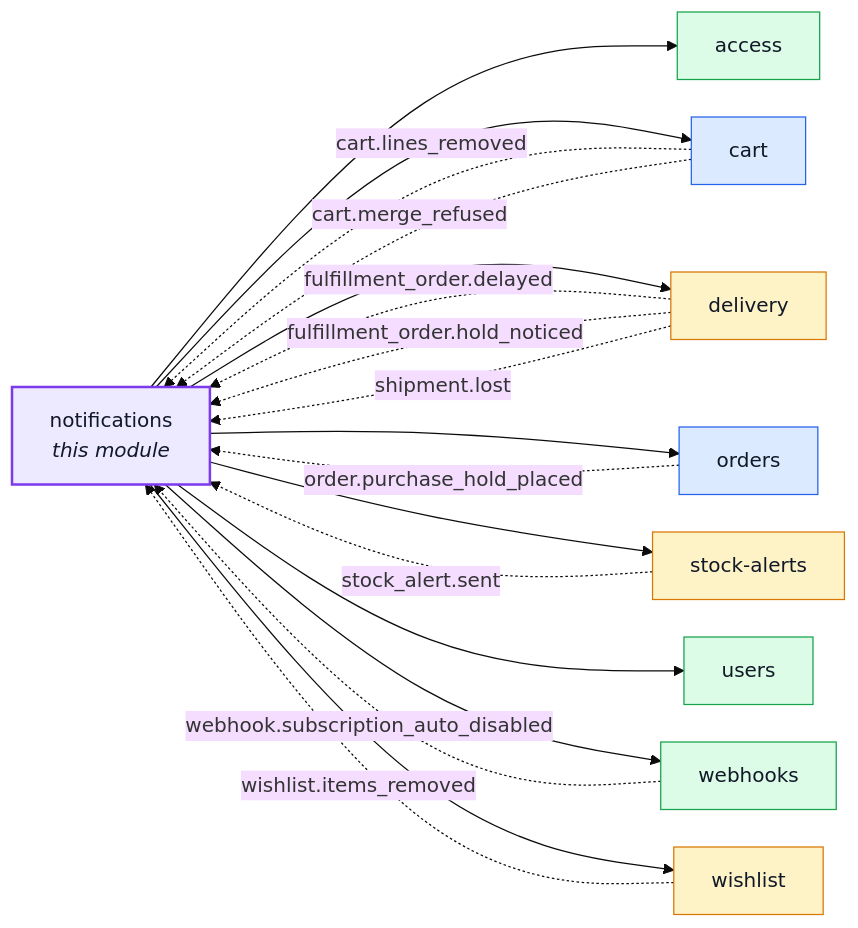
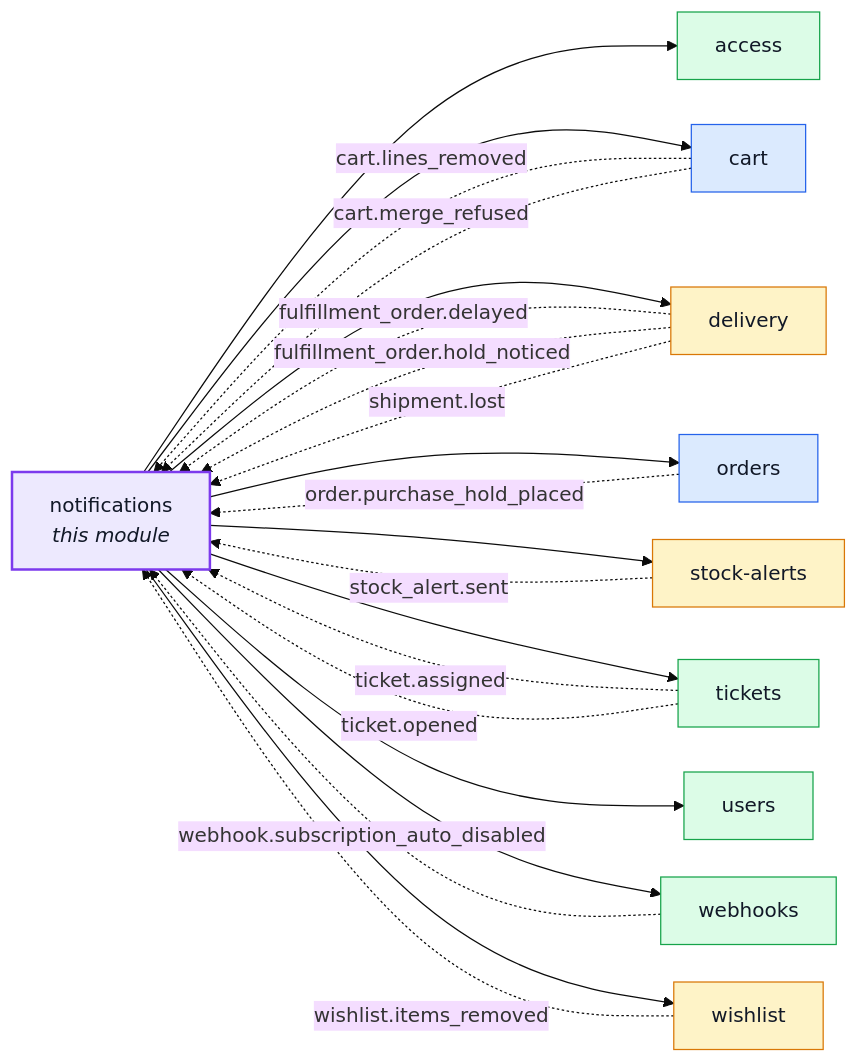
Before and after one commit to Guebbit/boilerplate-node-backend: the first of 3 diagrams in docs/modules/notifications.md, drawn with Mermaid (base theme). The commit also changed other lines of this file and 39 other files, not shown here.

First line of the commit message:
feat(tickets): tell the staff who work a ticket, and mail the contact fallback with a Reply-To

````diff
--- a/docs/modules/notifications.md
+++ b/docs/modules/notifications.md
@@ -16,40 +16,44 @@
 ```mermaid
 %%{init: {'flowchart': {'nodeSpacing': 30, 'rankSpacing': 60}}}%%
 flowchart LR
     notifications["notifications<br/><i>this module</i>"]
     access["access"]
     cart["cart"]
     delivery["delivery"]
     orders["orders"]
     stock_alerts["stock-alerts"]
+    tickets["tickets"]
     users["users"]
     webhooks["webhooks"]
     wishlist["wishlist"]
 
     notifications --> access
     notifications --> cart
     notifications --> delivery
     notifications --> orders
     notifications --> stock_alerts
+    notifications --> tickets
     notifications --> users
     notifications --> webhooks
     notifications --> wishlist
     cart -. "cart.lines_removed" .-> notifications
     cart -. "cart.merge_refused" .-> notifications
     delivery -. "fulfillment_order.delayed" .-> notifications
     delivery -. "fulfillment_order.hold_noticed" .-> notifications
     delivery -. "shipment.lost" .-> notifications
     orders -. "order.purchase_hold_placed" .-> notifications
     stock_alerts -. "stock_alert.sent" .-> notifications
+    tickets -. "ticket.assigned" .-> notifications
+    tickets -. "ticket.opened" .-> notifications
     webhooks -. "webhook.subscription_auto_disabled" .-> notifications
     wishlist -. "wishlist.items_removed" .-> notifications
 
     classDef core fill:#dbeafe,stroke:#2563eb,color:#111827;
     classDef supporting fill:#fef3c7,stroke:#d97706,color:#111827;
     classDef generic fill:#dcfce7,stroke:#16a34a,color:#111827;
     classDef centre fill:#ede9fe,stroke:#7c3aed,stroke-width:2px,color:#111827;
     class cart,orders core;
     class delivery,stock_alerts,wishlist supporting;
-    class access,users,webhooks generic;
+    class access,tickets,users,webhooks generic;
     class notifications centre;
 ```
````
